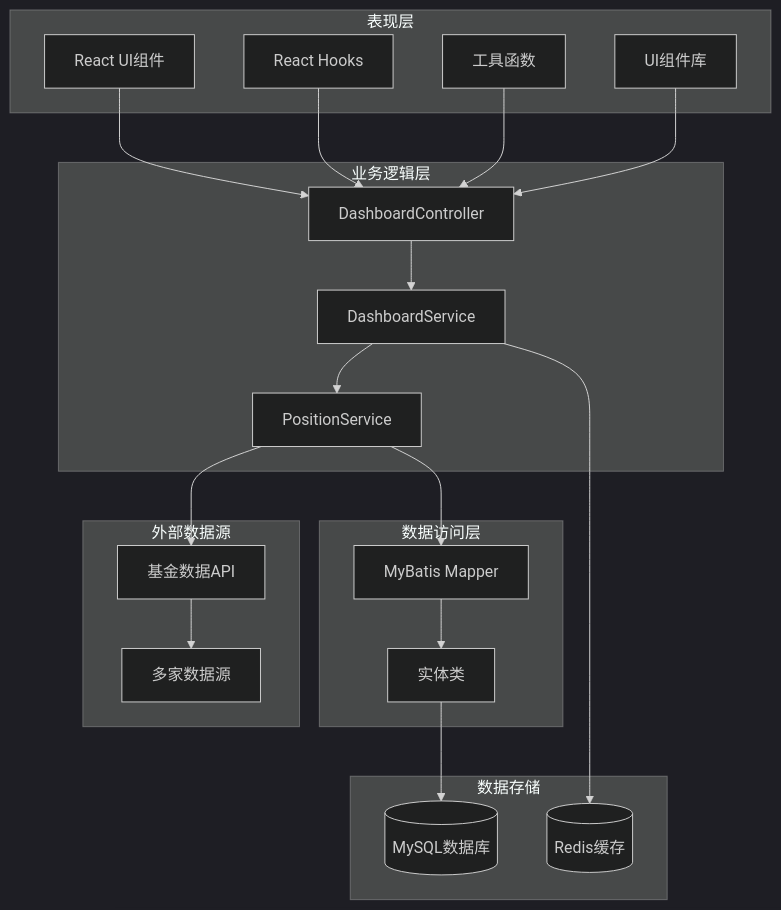
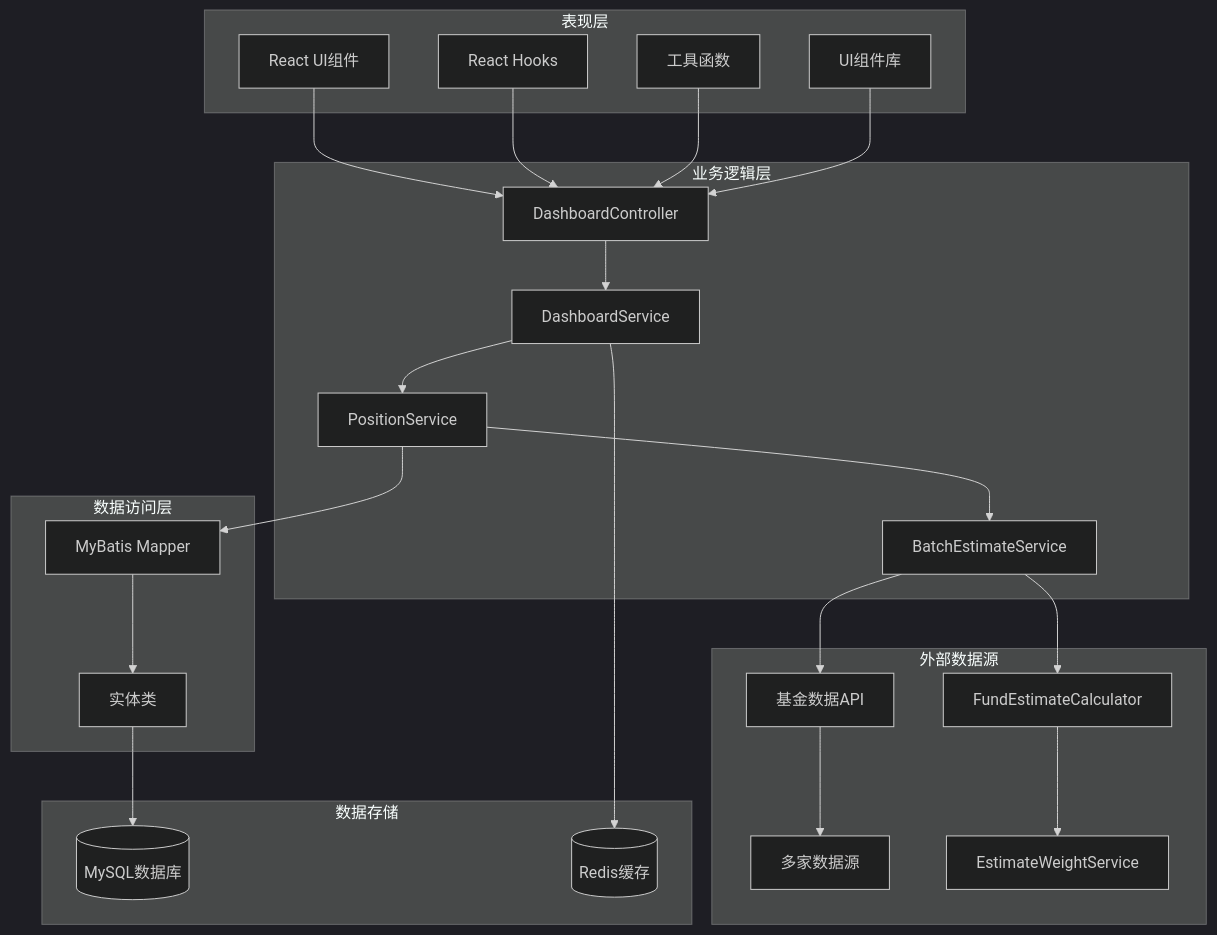
The second of 11 diagrams in .qoder/repowiki/zh/content/Dashboard Enhancement.md (gree-coder/fund-butler), drawn with Mermaid (dark theme) before and after one commit. The commit also changed other lines of this file and 23 other files, not shown here.

````diff
--- a/.qoder/repowiki/zh/content/Dashboard Enhancement.md
+++ b/.qoder/repowiki/zh/content/Dashboard Enhancement.md
@@ -153,38 +156,44 @@
 ```mermaid
 graph TB
 subgraph "表现层"
 UI[React UI组件]
 Hooks[React Hooks]
 Utils[工具函数]
 Components[UI组件库]
 end
 subgraph "业务逻辑层"
 Controller[DashboardController]
 Service[DashboardService]
 PositionService[PositionService]
+EstimateService[BatchEstimateService]
 end
 subgraph "数据访问层"
 Mapper[MyBatis Mapper]
 Entity[实体类]
 end
 subgraph "数据存储"
 DB[(MySQL数据库)]
 Cache[(Redis缓存)]
 end
 subgraph "外部数据源"
 FundAPI[基金数据API]
 DataSource[多家数据源]
+EstimateCalc[FundEstimateCalculator]
+WeightService[EstimateWeightService]
 end
 UI --> Controller
 Hooks --> Controller
 Utils --> Controller
 Components --> Controller
 Controller --> Service
 Service --> PositionService
 PositionService --> Mapper
 Mapper --> Entity
 Entity --> DB
 Service --> Cache
-PositionService --> FundAPI
+PositionService --> EstimateService
+EstimateService --> EstimateCalc
+EstimateCalc --> WeightService
+EstimateService --> FundAPI
 FundAPI --> DataSource
 ```
````
